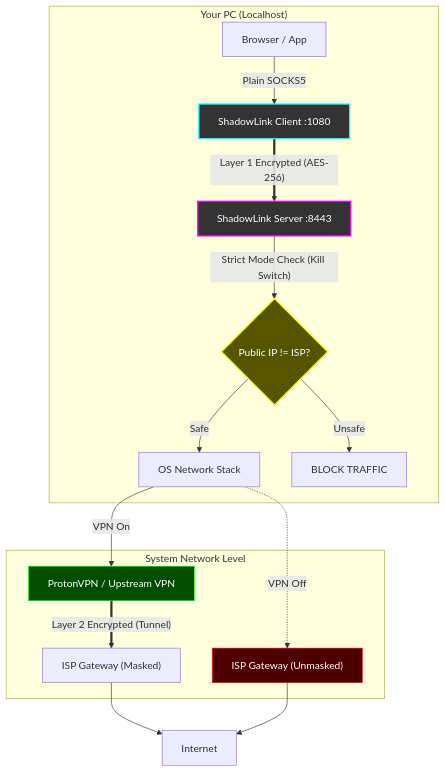
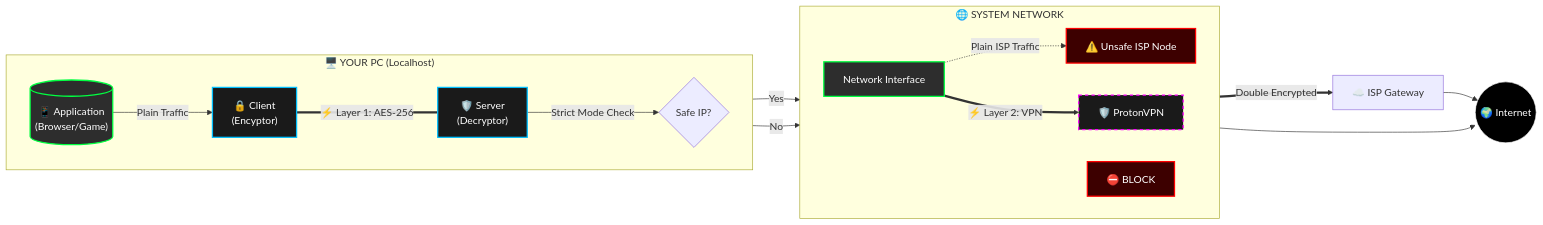
Before and after one commit to TUSHAR91316/ShadowLink: the diagram in README.md, drawn with Mermaid. The commit also changed other lines of this file and 1 other file, not shown here.

Commit message:
feat: Add an architecture diagram to the README and expand VPN examples.

````diff
--- a/README.md
+++ b/README.md
@@ -28,30 +30,37 @@
 ```mermaid
-graph TD
-    subgraph Localhost ["Your PC (Localhost)"]
-        Browser["Browser / App"] -->|"Plain SOCKS5"| Client["ShadowLink Client :1080"]
-        Client == "Layer 1 Encrypted (AES-256)" ==> Server["ShadowLink Server :8443"]
+flowchart LR
+    %% Styles
+    classDef client fill:#2d2d2d,stroke:#00ff41,stroke-width:2px,color:#fff;
+    classDef server fill:#1a1a1a,stroke:#00bfff,stroke-width:2px,color:#fff;
+    classDef vpn fill:#1a1a1a,stroke:#ff00ff,stroke-width:2px,stroke-dasharray: 5 5,color:#fff;
+    classDef internet fill:#000000,stroke:#fff,stroke-width:1px,color:#fff;
+    classDef warning fill:#3d0000,stroke:#ff0000,stroke-width:2px,color:#fff;
+
+    subgraph UserPC ["🖥️ YOUR PC (Localhost)"]
+        direction LR
+        App[("📱 Application<br/>(Browser/Game)")] -->|Plain Traffic| Client["🔒 Client<br/>(Encyptor)"]
+        Client ===|"⚡ Layer 1: AES-256"| Server["🛡️ Server<br/>(Decryptor)"]
         
-        Server -- "Strict Mode Check (Kill Switch)" --> Check{"Public IP != ISP?"}
-        Check -- "Safe" --> OS["OS Network Stack"]
-        Check -- "Unsafe" --> Block["BLOCK TRAFFIC"]
+        Server --"Strict Mode Check"--> Gate{"Safe IP?"}
+    end
+
+    subgraph System ["🌐 SYSTEM NETWORK"]
+        direction LR
+        Gate --"Yes"--> SysStack["Network Interface"]
+        Gate --"No"--> KillSwitch["⛔ BLOCK"]
         
-        style Client fill:#333,stroke:#0ff,stroke-width:2px,color:#fff
-        style Server fill:#333,stroke:#f0f,stroke-width:2px,color:#fff
-        style Check fill:#550,stroke:#ff0,stroke-width:2px,color:#fff
+        SysStack -.->|"Plain ISP Traffic"| ISP_Danger["⚠️ Unsafe ISP Node"]
+        SysStack ==>|"⚡ Layer 2: VPN"| Proton["🛡️ ProtonVPN"]
     end
-    
-    subgraph System ["System Network Level"]
-        OS -->|"VPN On"| Proton["ProtonVPN / Upstream VPN"]
-        OS -.->|"VPN Off"| Direct["ISP Gateway (Unmasked)"]
-        
-        Proton == "Layer 2 Encrypted (Tunnel)" ==> Masked["ISP Gateway (Masked)"]
-    end
-    
-    Masked --> Internet
-    Direct --> Internet
-    
-    classDef secure fill:#004d00,stroke:#0f0,color:#fff;
-    classDef danger fill:#4d0000,stroke:#f00,color:#fff;
-    class Proton secure;
-    class Direct danger;
+
+    Proton ==>|"Double Encrypted"| ISP_Safe["☁️ ISP Gateway"]
+    ISP_Safe --> WWW(("🌍 Internet"))
+    ISP_Danger --> WWW
+
+    %% Apply Styles
+    class App,SysStack client;
+    class Client,Server server;
+    class Proton vpn;
+    class WWW internet;
+    class KillSwitch,ISP_Danger warning;
 ```
````
